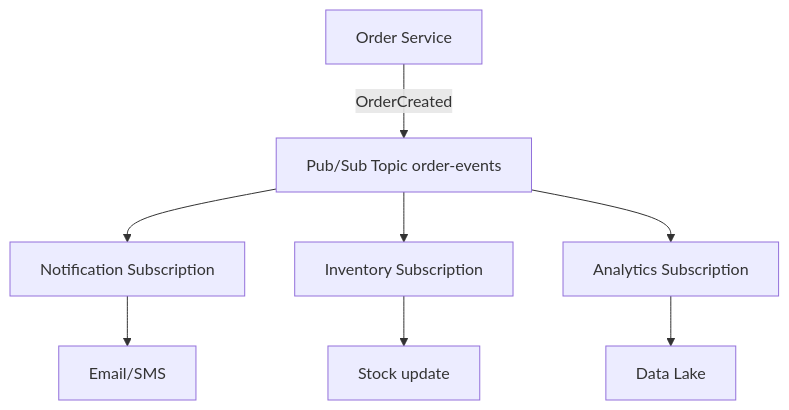
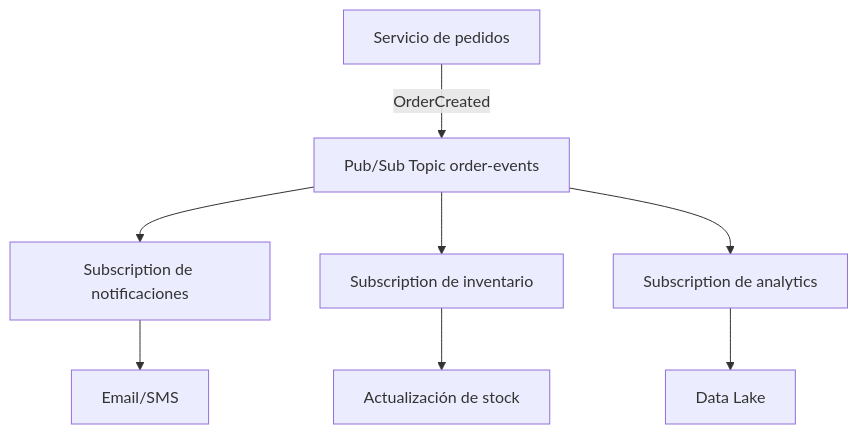
Before and after one commit to mytheondev/mytheondev: the second of 10 diagrams in src/content/blog/google-cloud-pubsub-how-to-use-it-correctly.es.md, drawn with Mermaid. The commit also changed other lines of this file and 33 other files, not shown here.

````diff
--- a/src/content/blog/google-cloud-pubsub-how-to-use-it-correctly.es.md
+++ b/src/content/blog/google-cloud-pubsub-how-to-use-it-correctly.es.md
@@ -54,15 +55,15 @@
 ```mermaid
 flowchart TD
-  OrderService[Order Service]
+  OrderService[Servicio de pedidos]
   Topic["Pub/Sub Topic order-events"]
-  NotifSub[Notification Subscription]
-  InvSub[Inventory Subscription]
-  AnaSub[Analytics Subscription]
+  NotifSub[Subscription de notificaciones]
+  InvSub[Subscription de inventario]
+  AnaSub[Subscription de analytics]
   Email["Email/SMS"]
-  Stock[Stock update]
+  Stock[Actualización de stock]
   Lake[Data Lake]
   OrderService -->|OrderCreated| Topic
   Topic --> NotifSub --> Email
   Topic --> InvSub --> Stock
   Topic --> AnaSub --> Lake
 ```
````
